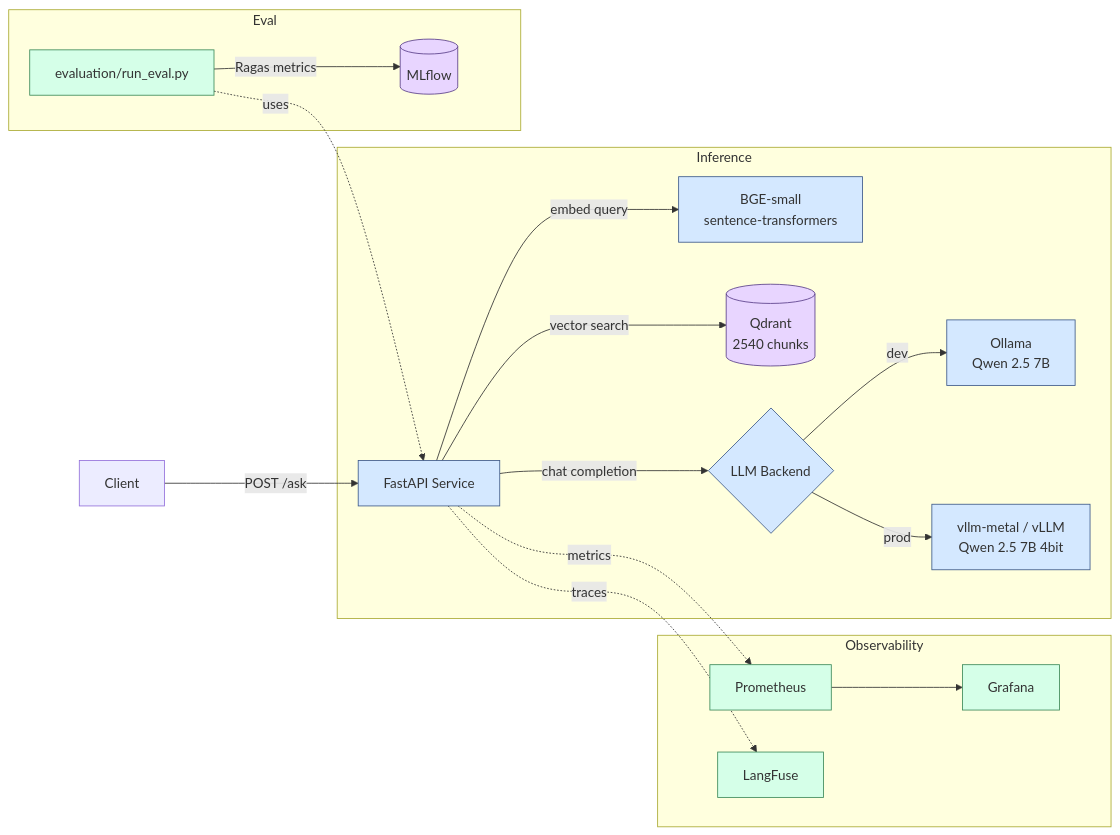
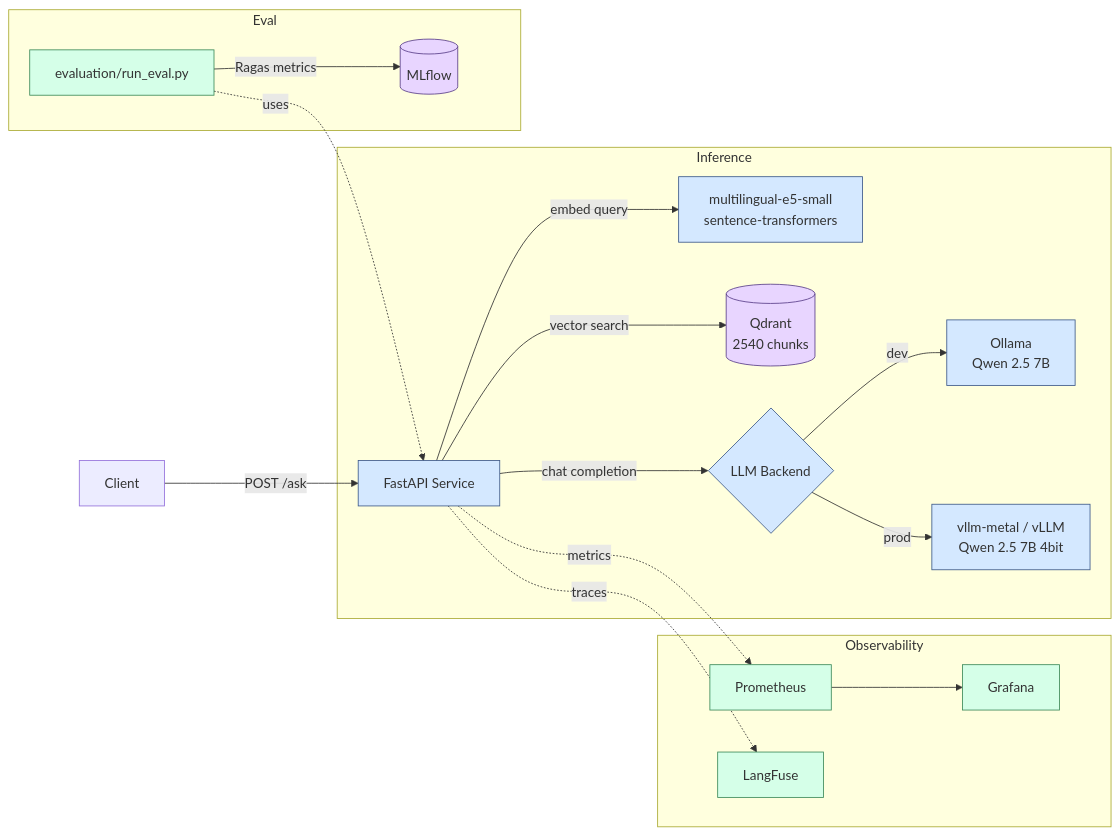
The first of 2 diagrams in README.md (PureLeach/DocsRAG), drawn with Mermaid before and after one commit. The commit also changed other lines of this file, not shown here.

````diff
--- a/README.md
+++ b/README.md
@@ -54,30 +54,30 @@
 ```mermaid
 graph LR
     User[Client] -->|POST /ask| API[FastAPI Service]
 
     subgraph Inference
-        API -->|embed query| Embed[BGE-small<br/>sentence-transformers]
+        API -->|embed query| Embed[multilingual-e5-small<br/>sentence-transformers]
         API -->|vector search| Qdrant[(Qdrant<br/>2540 chunks)]
         API -->|chat completion| LLM{LLM Backend}
         LLM -->|dev| Ollama[Ollama<br/>Qwen 2.5 7B]
         LLM -->|prod| vLLM[vllm-metal / vLLM<br/>Qwen 2.5 7B 4bit]
     end
 
     subgraph Observability
         API -.metrics.-> Prom[Prometheus]
         API -.traces.-> LF[LangFuse]
         Prom --> Graf[Grafana]
     end
 
     subgraph Eval
         RunEval[evaluation/run_eval.py] -->|Ragas metrics| MLflow[(MLflow)]
         RunEval -.uses.-> API
     end
 
     classDef storage fill:#e8d5ff,stroke:#5a3e8a
     classDef service fill:#d4e8ff,stroke:#3e5a8a
     classDef obs fill:#d5ffe8,stroke:#3e8a5a
     class Qdrant,MLflow storage
     class API,Embed,Ollama,vLLM,LLM service
     class Prom,LF,Graf,RunEval obs
 ```
````
